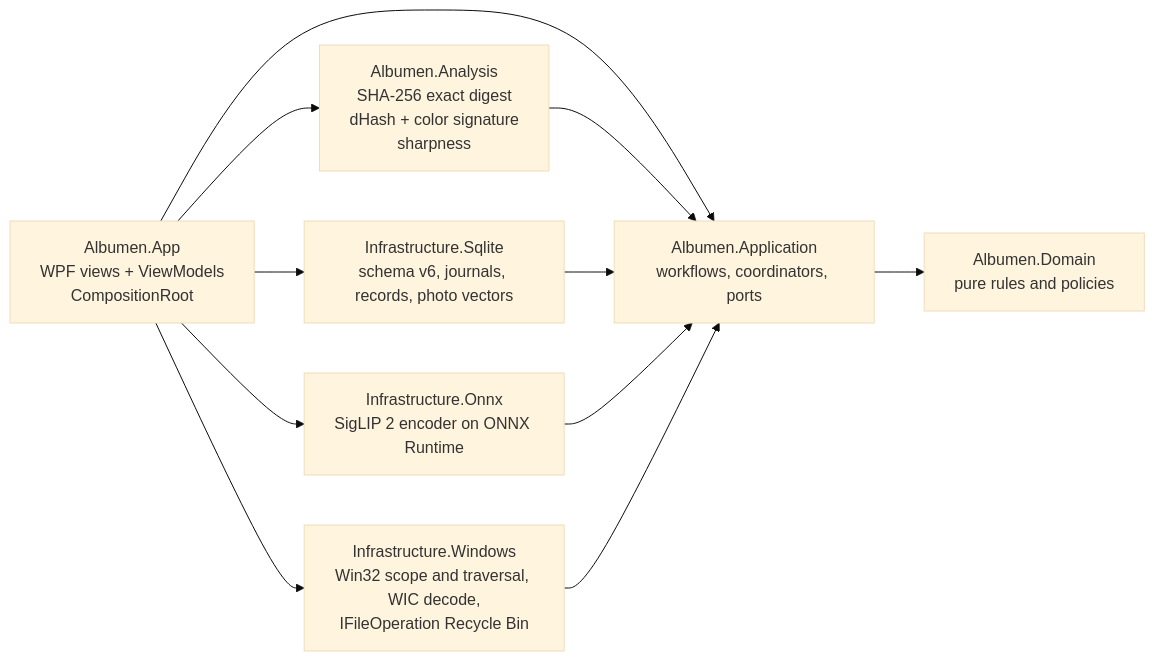
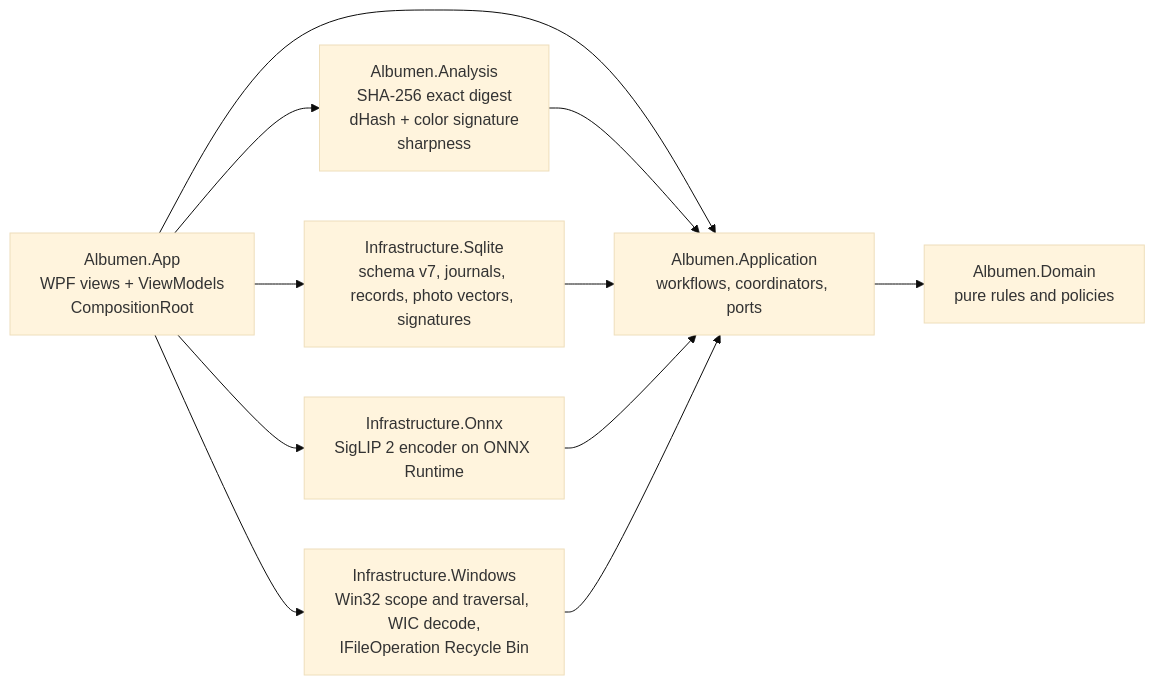
One commit to IgalFridman-dev/Albumen changed the diagram in README.md. Above: the diagram before and after it, drawn with Mermaid (base theme). The commit also changed other lines of this file and 1 other file, not shown here.

````diff
--- a/README.md
+++ b/README.md
@@ -86,13 +86,13 @@
 ```mermaid
 flowchart LR
   App["Albumen.App<br/>WPF views + ViewModels<br/>CompositionRoot"] --> Application
   App --> Analysis
   App --> Sqlite
   App --> Windows
   App --> Onnx
   Analysis["Albumen.Analysis<br/>SHA-256 exact digest<br/>dHash + color signature<br/>sharpness"] --> Application
-  Sqlite["Infrastructure.Sqlite<br/>schema v6, journals, records, photo vectors"] --> Application
+  Sqlite["Infrastructure.Sqlite<br/>schema v7, journals, records, photo vectors, signatures"] --> Application
   Onnx["Infrastructure.Onnx<br/>SigLIP 2 encoder on ONNX Runtime"] --> Application
   Windows["Infrastructure.Windows<br/>Win32 scope and traversal, WIC decode,<br/>IFileOperation Recycle Bin"] --> Application
   Application["Albumen.Application<br/>workflows, coordinators, ports"] --> Domain["Albumen.Domain<br/>pure rules and policies"]
 ```
````
